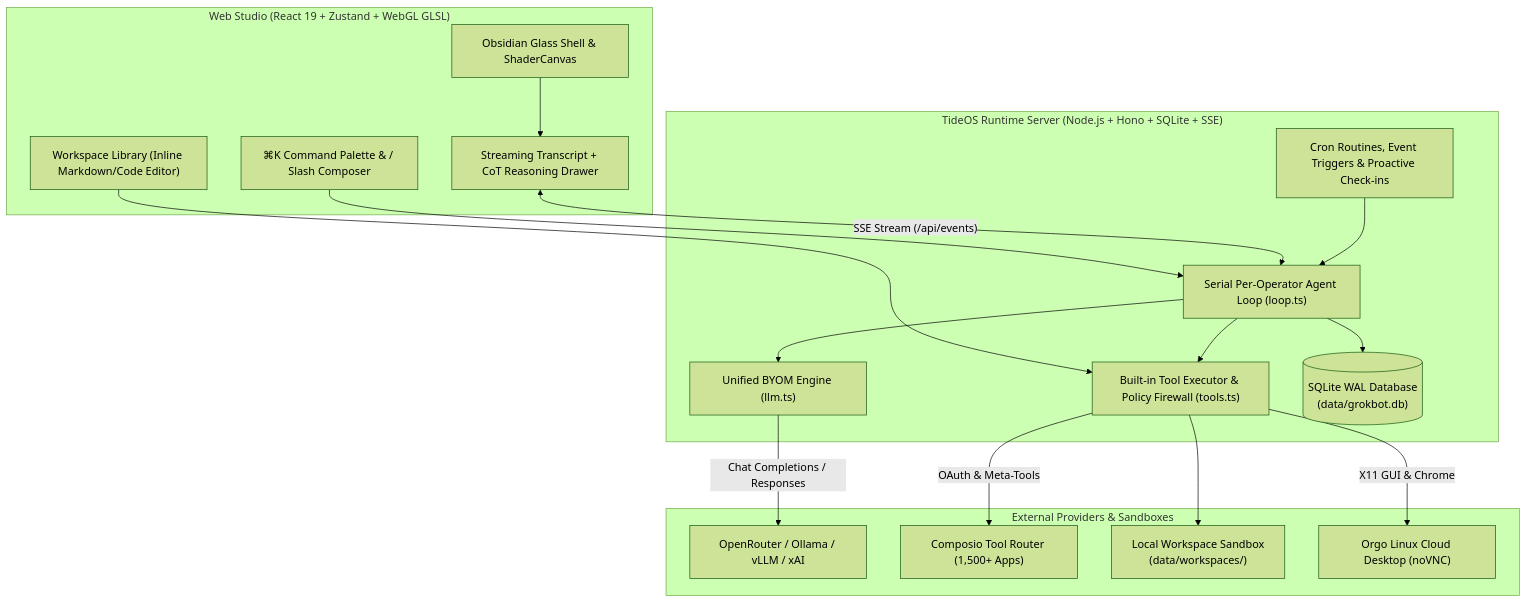
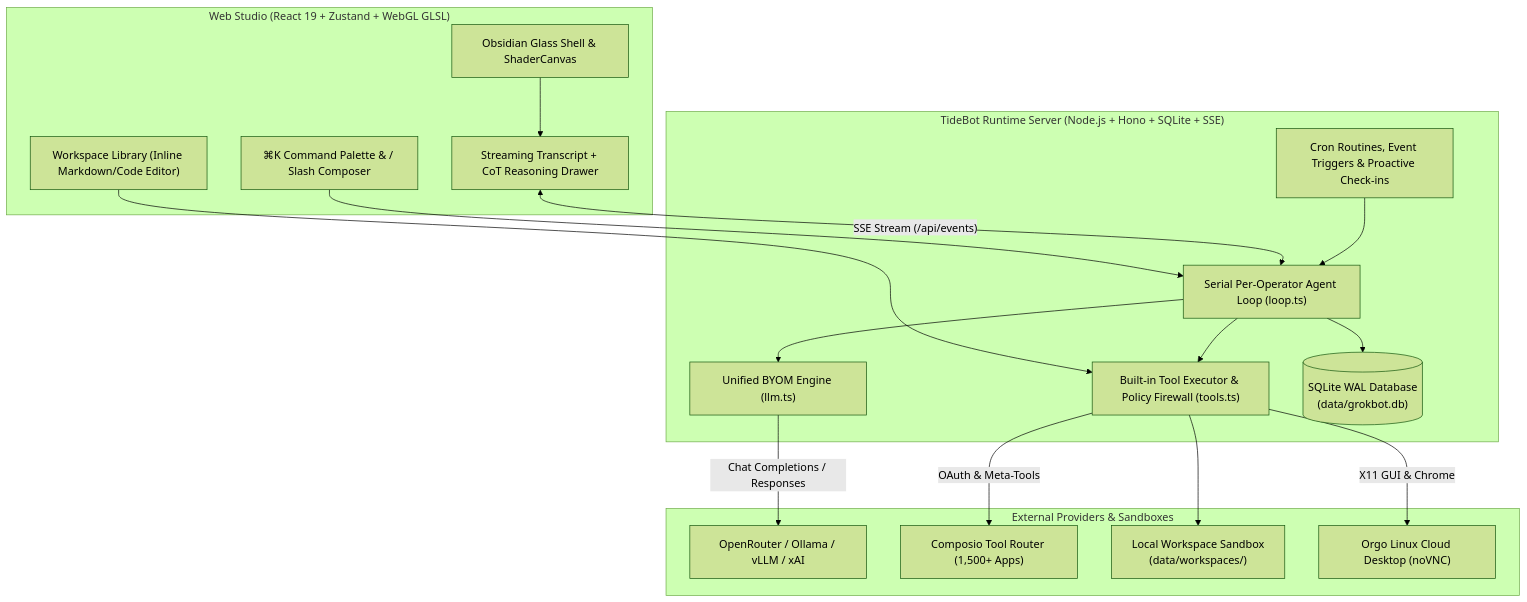
Before and after one commit to asjames18/tidebot: the diagram in README.md, drawn with Mermaid (forest theme). The commit also changed other lines of this file and 13 other files, not shown here.

Commit message:
chore: unify project branding from TideOS to TideBot across UI, docs, and runtime

````diff
--- a/README.md
+++ b/README.md
@@ -53,37 +53,37 @@
 ```mermaid
 flowchart TB
   subgraph Client["Web Studio (React 19 + Zustand + WebGL GLSL)"]
     UI["Obsidian Glass Shell & ShaderCanvas"]
     Chat["Streaming Transcript + CoT Reasoning Drawer"]
     Cmd["⌘K Command Palette & / Slash Composer"]
     Lib["Workspace Library (Inline Markdown/Code Editor)"]
   end
 
-  subgraph Server["TideOS Runtime Server (Node.js + Hono + SQLite + SSE)"]
+  subgraph Server["TideBot Runtime Server (Node.js + Hono + SQLite + SSE)"]
     Loop["Serial Per-Operator Agent Loop (loop.ts)"]
     LLM["Unified BYOM Engine (llm.ts)"]
     Tools["Built-in Tool Executor & Policy Firewall (tools.ts)"]
     Cron["Cron Routines, Event Triggers & Proactive Check-ins"]
     DB[("SQLite WAL Database\n(data/grokbot.db)")]
   end
 
   subgraph Providers["External Providers & Sandboxes"]
     OR["OpenRouter / Ollama / vLLM / xAI"]
     Comp["Composio Tool Router (1,500+ Apps)"]
     LocalFS["Local Workspace Sandbox\n(data/workspaces/<botId>)"]
     OrgoVM["Orgo Linux Cloud Desktop (noVNC)"]
   end
 
   UI --> Chat
   Cmd --> Loop
   Lib --> Tools
   Chat <-->|"SSE Stream (/api/events)"| Loop
   Loop --> LLM
   Loop --> Tools
   Loop --> DB
   Cron --> Loop
   LLM -->|"Chat Completions / Responses"| OR
   Tools -->|"OAuth & Meta-Tools"| Comp
   Tools --> LocalFS
   Tools -->|"X11 GUI & Chrome"| OrgoVM
 ```
````
